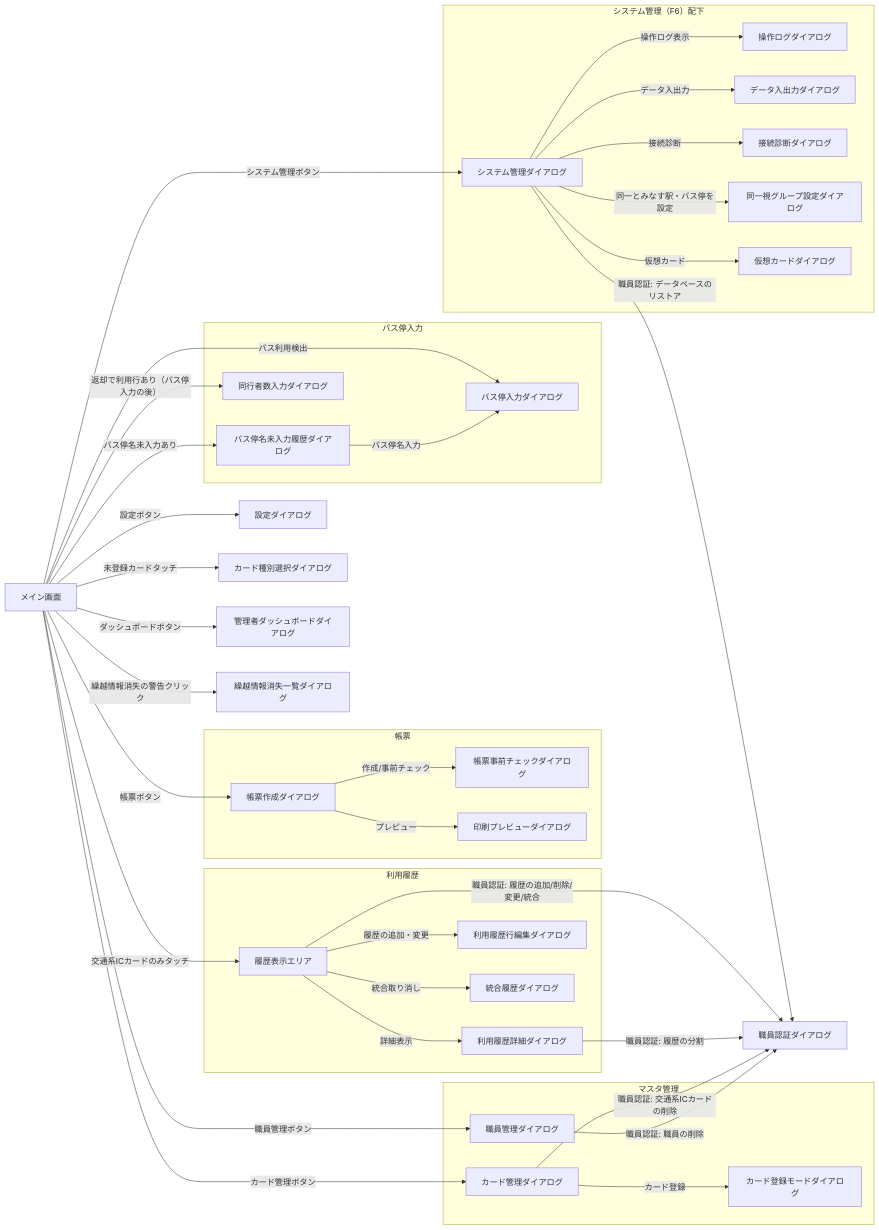
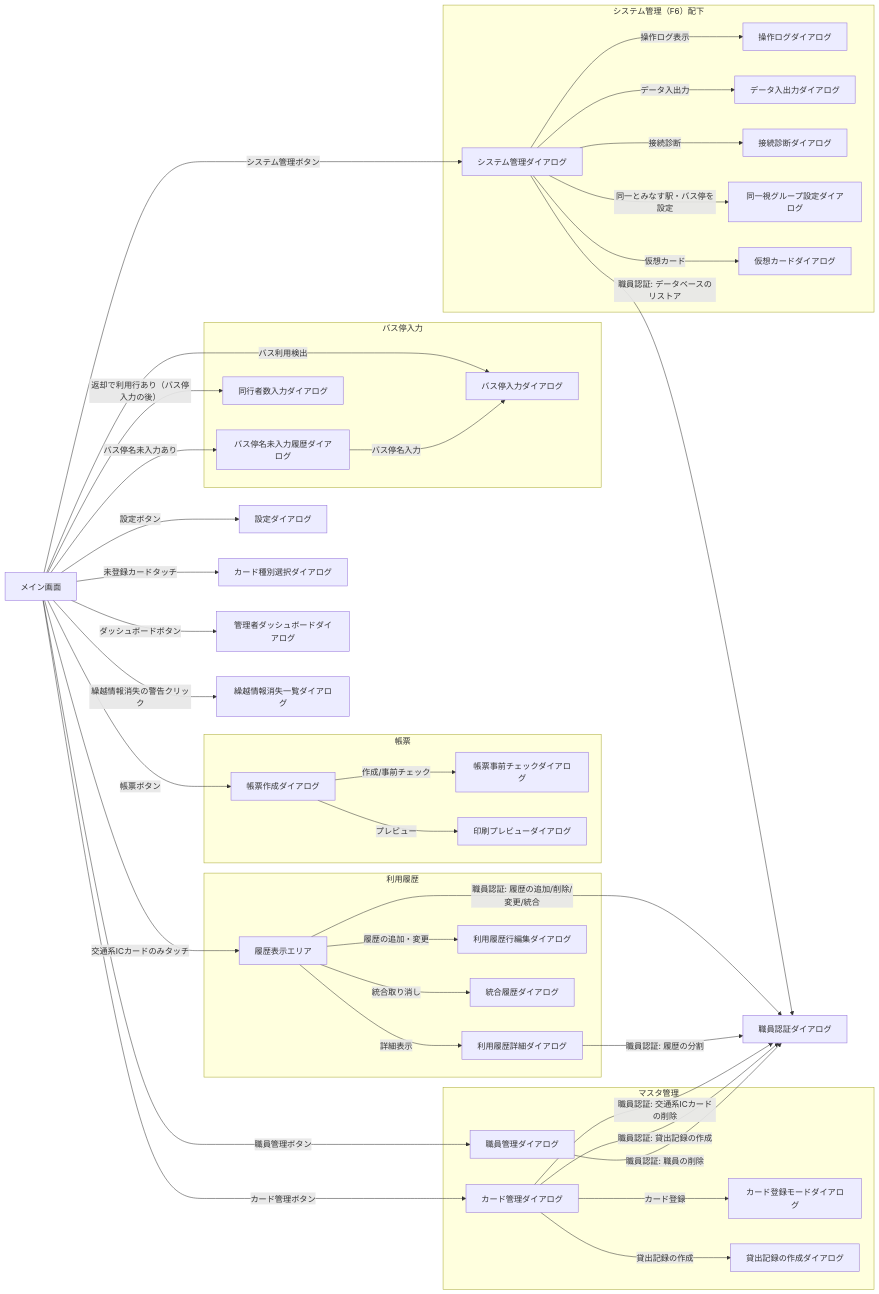
One commit to kuwayamamasayuki/ICCardManager changed the first of 2 diagrams in ICCardManager/docs/design/03_画面設計書.md. Above: the diagram before and after it, drawn with Mermaid. The commit also changed other lines of this file and 18 other files, not shown here.

````diff
--- a/ICCardManager/docs/design/03_画面設計書.md
+++ b/ICCardManager/docs/design/03_画面設計書.md
@@ -18,76 +18,79 @@
 ```mermaid
 graph LR
     MAIN[メイン画面]
     SETTINGS[設定ダイアログ]
     CARDTYPE[カード種別選択ダイアログ]
     STAFFAUTH[職員認証ダイアログ]
     ADMINDASH[管理者ダッシュボードダイアログ]
 
     subgraph SG_MASTER[マスタ管理]
         STAFF[職員管理ダイアログ]
         CARD[カード管理ダイアログ]
         CARDREGMODE[カード登録モードダイアログ]
+        SYSLEND[貸出記録の作成ダイアログ]
     end
 
     subgraph SG_HISTORY[利用履歴]
         HISTORY[履歴表示エリア]
         LEDGERDETAIL[利用履歴詳細ダイアログ]
         LEDGERROWEDIT[利用履歴行編集ダイアログ]
         MERGEHIST[統合履歴ダイアログ]
     end
 
     subgraph SG_REPORT[帳票]
         REPORT[帳票作成ダイアログ]
         PREFLIGHT[帳票事前チェックダイアログ]
         PREVIEW[印刷プレビューダイアログ]
     end
 
     subgraph SG_BUSSTOP[バス停入力]
         BUSSTOP[バス停入力ダイアログ]
         INCBUSSTOP[バス停名未入力履歴ダイアログ]
         COMPANION[同行者数入力ダイアログ]
     end
 
     CARRYLOSS[繰越情報消失一覧ダイアログ]
 
     subgraph SG_SYSTEM[システム管理（F6）配下]
         SYSMGMT[システム管理ダイアログ]
         OPLOG[操作ログダイアログ]
         DATAEXIMP[データ入出力ダイアログ]
         DIAG[接続診断ダイアログ]
         TSGROUP[同一視グループ設定ダイアログ]
         VIRTUALCARD[仮想カードダイアログ]
     end
 
     MAIN -->|職員管理ボタン| STAFF
     MAIN -->|カード管理ボタン| CARD
     MAIN -->|設定ボタン| SETTINGS
     MAIN -->|帳票ボタン| REPORT
     MAIN -->|システム管理ボタン| SYSMGMT
     MAIN -->|ダッシュボードボタン| ADMINDASH
     MAIN -->|交通系ICカードのみタッチ| HISTORY
     MAIN -->|バス利用検出| BUSSTOP
     MAIN -->|返却で利用行あり（バス停入力の後）| COMPANION
     MAIN -->|未登録カードタッチ| CARDTYPE
     MAIN -->|バス停名未入力あり| INCBUSSTOP
     MAIN -->|繰越情報消失の警告クリック| CARRYLOSS
 
     CARD -->|カード登録| CARDREGMODE
+    CARD -->|貸出記録の作成| SYSLEND
     HISTORY -->|詳細表示| LEDGERDETAIL
     HISTORY -->|履歴の追加・変更| LEDGERROWEDIT
     HISTORY -->|統合取り消し| MERGEHIST
     REPORT -->|作成/事前チェック| PREFLIGHT
     REPORT -->|プレビュー| PREVIEW
     INCBUSSTOP -->|バス停名入力| BUSSTOP
     SYSMGMT -->|操作ログ表示| OPLOG
     SYSMGMT -->|データ入出力| DATAEXIMP
     SYSMGMT -->|接続診断| DIAG
     SYSMGMT -->|同一とみなす駅・バス停を設定| TSGROUP
     SYSMGMT -->|仮想カード| VIRTUALCARD
 
     CARD -->|職員認証: 交通系ICカードの削除| STAFFAUTH
+    CARD -->|職員認証: 貸出記録の作成| STAFFAUTH
     STAFF -->|職員認証: 職員の削除| STAFFAUTH
     HISTORY -->|職員認証: 履歴の追加/削除/変更/統合| STAFFAUTH
     LEDGERDETAIL -->|職員認証: 履歴の分割| STAFFAUTH
     SYSMGMT -->|職員認証: データベースのリストア| STAFFAUTH
 ```
````
